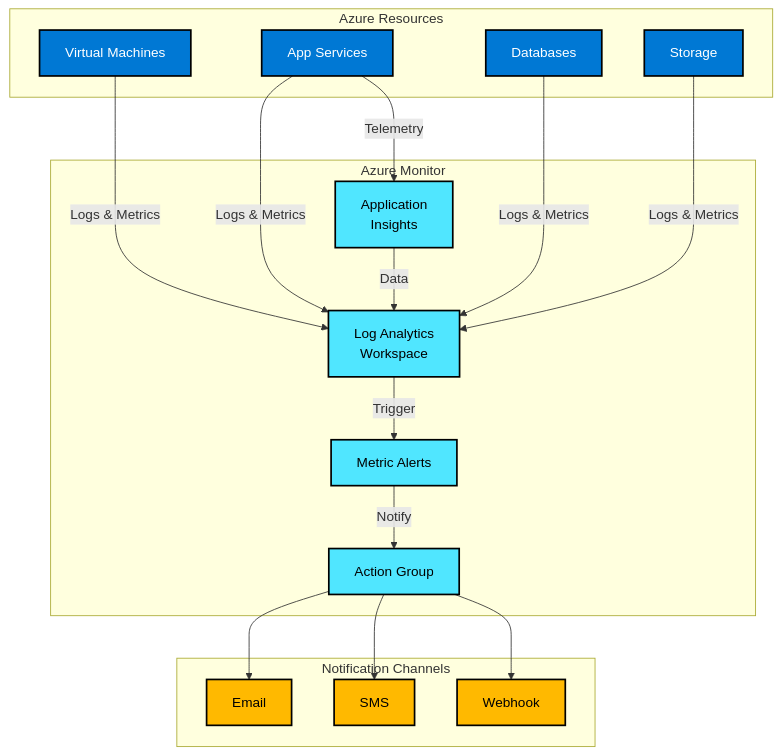
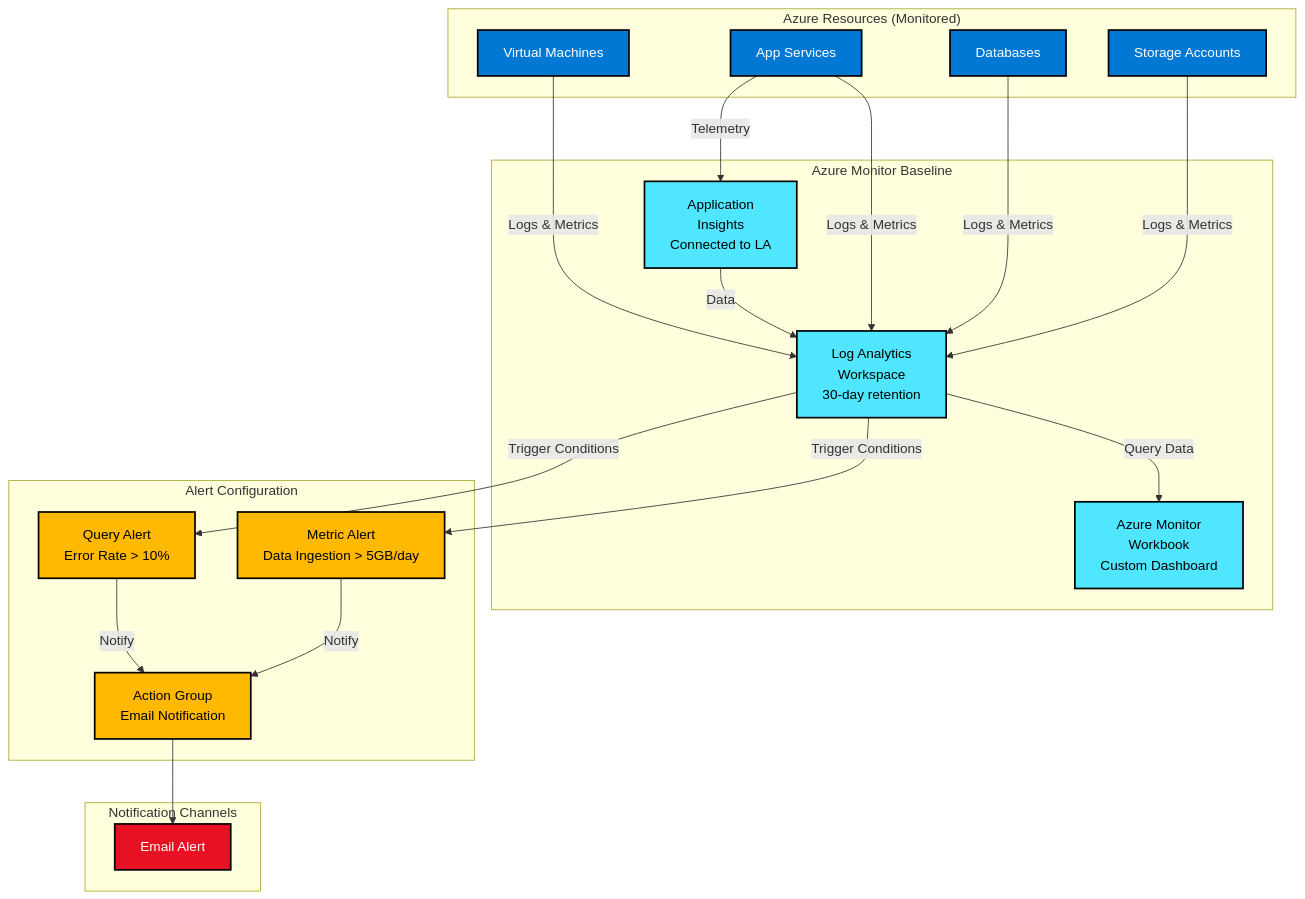
Before and after one commit to chrisdoofer/Azure-Infra-Demos: the diagram in patterns/azure-monitor-baseline/architecture.mmd, drawn with Mermaid. The commit also changed 19 other files, not shown here.

```diff
--- a/patterns/azure-monitor-baseline/architecture.mmd
+++ b/patterns/azure-monitor-baseline/architecture.mmd
@@ -1,43 +1,49 @@
 graph TB
-    subgraph "Azure Resources"
+    subgraph "Azure Resources (Monitored)"
         VM[Virtual Machines]
         APP[App Services]
         DB[Databases]
-        STG[Storage]
+        STG[Storage Accounts]
     end
     
-    subgraph "Azure Monitor"
-        LA[Log Analytics<br/>Workspace]
-        AI[Application<br/>Insights]
-        AG[Action Group]
-        ALERT[Metric Alerts]
+    subgraph "Azure Monitor Baseline"
+        LA[Log Analytics<br/>Workspace<br/>30-day retention]
+        AI[Application<br/>Insights<br/>Connected to LA]
+        WB[Azure Monitor<br/>Workbook<br/>Custom Dashboard]
+    end
+    
+    subgraph "Alert Configuration"
+        AG[Action Group<br/>Email Notification]
+        ALERT1[Metric Alert<br/>Data Ingestion > 5GB/day]
+        ALERT2[Query Alert<br/>Error Rate > 10%]
     end
     
     subgraph "Notification Channels"
-        EMAIL[Email]
-        SMS[SMS]
-        WEBHOOK[Webhook]
+        EMAIL[Email Alert]
     end
     
     VM -->|Logs & Metrics| LA
     APP -->|Logs & Metrics| LA
     DB -->|Logs & Metrics| LA
     STG -->|Logs & Metrics| LA
     
     APP -->|Telemetry| AI
     AI -->|Data| LA
     
-    LA -->|Trigger| ALERT
-    ALERT -->|Notify| AG
+    LA -->|Query Data| WB
+    LA -->|Trigger Conditions| ALERT1
+    LA -->|Trigger Conditions| ALERT2
+    ALERT1 -->|Notify| AG
+    ALERT2 -->|Notify| AG
     
     AG --> EMAIL
-    AG --> SMS
-    AG --> WEBHOOK
     
     classDef azureService fill:#0078D4,stroke:#000,stroke-width:2px,color:#fff
     classDef monitor fill:#50E6FF,stroke:#000,stroke-width:2px,color:#000
-    classDef notify fill:#FFB900,stroke:#000,stroke-width:2px,color:#000
+    classDef alert fill:#FFB900,stroke:#000,stroke-width:2px,color:#000
+    classDef notify fill:#E81123,stroke:#000,stroke-width:2px,color:#fff
     
     class VM,APP,DB,STG azureService
-    class LA,AI,AG,ALERT monitor
-    class EMAIL,SMS,WEBHOOK notify
+    class LA,AI,WB monitor
+    class AG,ALERT1,ALERT2 alert
+    class EMAIL notify
```
